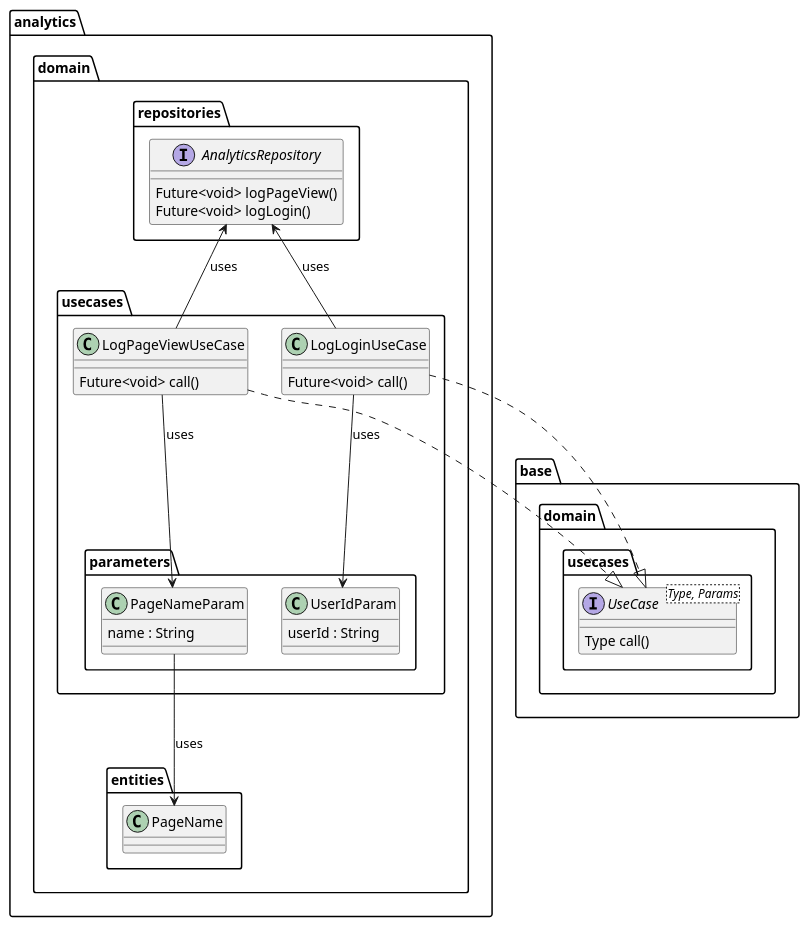
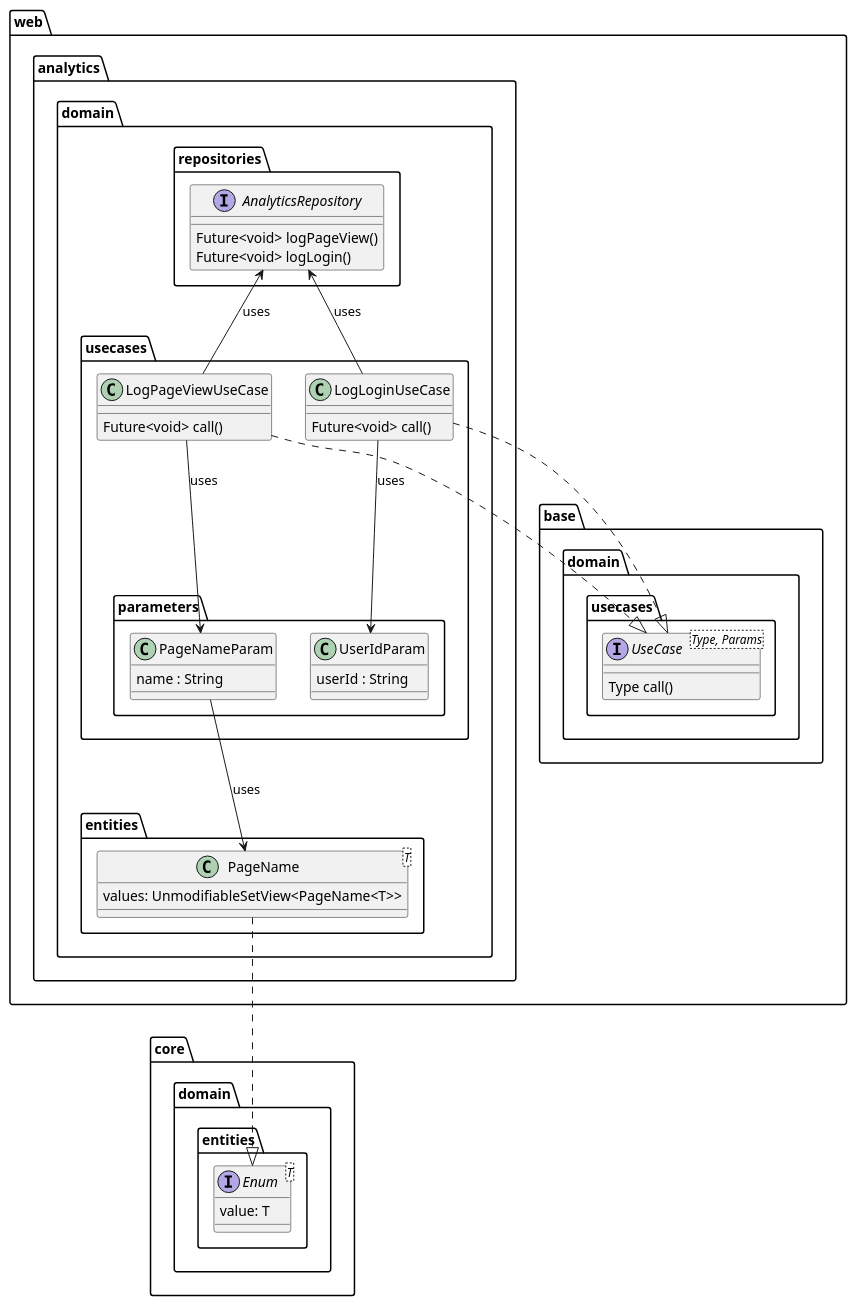
One commit to Flank/flank-dashboard changed the diagram in metrics/web/docs/features/firebase_analytics/diagrams/firebase_analytics_domain_class.puml. Above: the diagram before and after it, drawn with PlantUML. The commit also changed 2 other files, not shown here.

Commit message:
Add the PageName class description. Add an Enum interface to the diagram.

```diff
--- a/metrics/web/docs/features/firebase_analytics/diagrams/firebase_analytics_domain_class.puml
+++ b/metrics/web/docs/features/firebase_analytics/diagrams/firebase_analytics_domain_class.puml
@@ -1,47 +1,58 @@
 @startuml
+package web {
 package base.domain.usecases {
     interface UseCase<Type, Params> {
         Type call()
     }
 }
 
 package analytics.domain {
     package repositories {
         interface AnalyticsRepository {
             Future<void> logPageView()
             Future<void> logLogin()
         }
     }
     package usecases {
         package parameters {
             class UserIdParam {
                 userId : String
             }
 
             class PageNameParam {
                 name : String
             }
         }
 
         class LogPageViewUseCase {
             Future<void> call()
         }
 
         class LogLoginUseCase {
             Future<void> call()
         }
     }
 
     package entities{
-        class PageName {}
+        class PageName<T> {
+         values: UnmodifiableSetView<PageName<T>>
+        }
+    }
+}
+}
+
+package core.domain.entities {
+    interface Enum<T>{
+      value: T
     }
 }
 
 LogPageViewUseCase ..|> UseCase
 LogLoginUseCase ..|> UseCase
 LogLoginUseCase --> UserIdParam : uses
 LogPageViewUseCase --> PageNameParam : uses
 LogPageViewUseCase -up-> AnalyticsRepository : uses
 LogLoginUseCase -up-> AnalyticsRepository : uses
 PageNameParam --> PageName : uses
+PageName ..|> Enum
 @enduml
```
